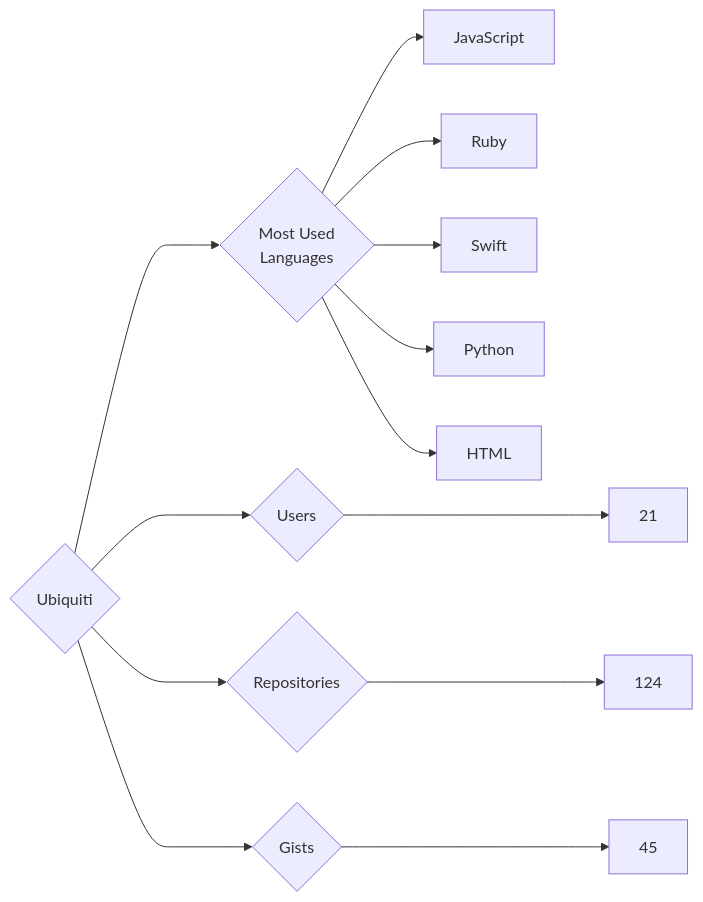
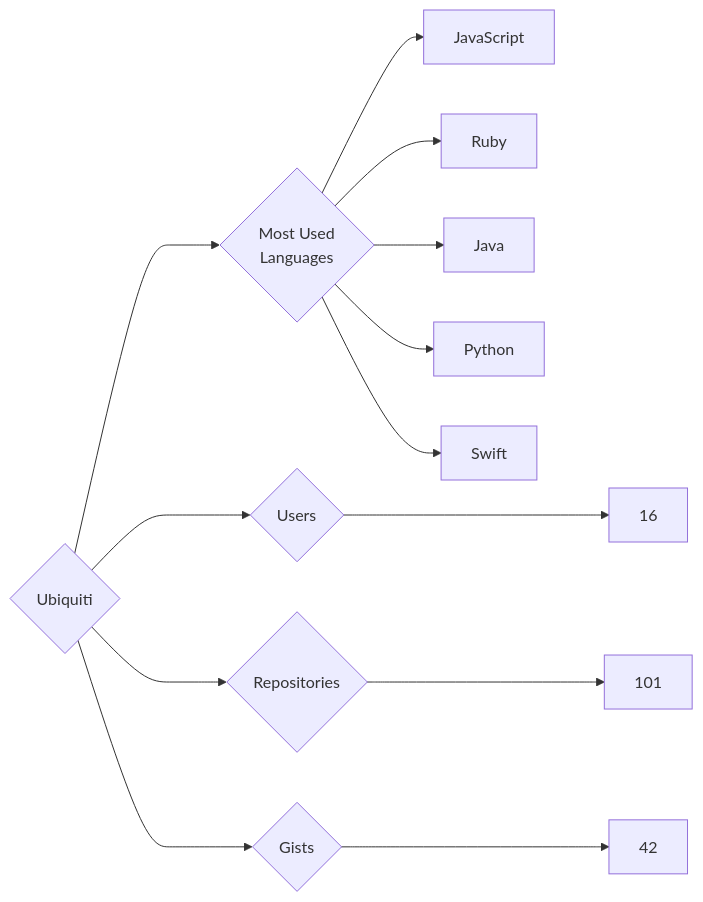
One commit to trickest/insiders changed the diagram in targets/Ubiquiti/README.md. Above: the diagram before and after it, drawn with Mermaid. The commit also changed 964 other files, not shown here.

````diff
--- a/targets/Ubiquiti/README.md
+++ b/targets/Ubiquiti/README.md
@@ -3,13 +3,13 @@
 ```mermaid
 graph LR
 COMPANY_NAME{Ubiquiti}
-COMPANY_NAME ---> U{Users} ---> UN[21]
-COMPANY_NAME ---> R{Repositories} ---> RN[124]
-COMPANY_NAME ---> G{Gists} ---> GN[45]
+COMPANY_NAME ---> U{Users} ---> UN[16]
+COMPANY_NAME ---> R{Repositories} ---> RN[101]
+COMPANY_NAME ---> G{Gists} ---> GN[42]
 COMPANY_NAME ---> ML{Most Used<br>Languages}
 ML --> JavaScript[JavaScript]
 ML --> Ruby[Ruby]
+ML --> Java[Java]
+ML --> Python[Python]
 ML --> Swift[Swift]
-ML --> Python[Python]
-ML --> HTML[HTML]
 ```
````
